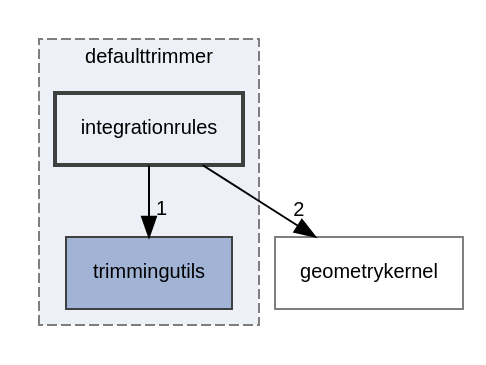
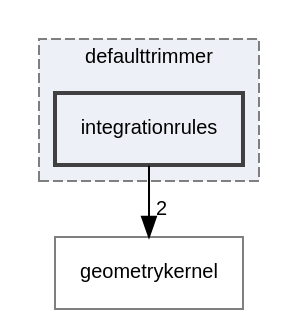
The diagram in dir_7ed5cc8732fbacc6a192622dcae82fb8_dep.dot (rath3t/dune-iga-doc), drawn with Graphviz before and after one commit. The commit also changed 1639 other files, not shown here.

```diff
--- a/dir_7ed5cc8732fbacc6a192622dcae82fb8_dep.dot
+++ b/dir_7ed5cc8732fbacc6a192622dcae82fb8_dep.dot
@@ -1,15 +1,13 @@
 digraph "integrationrules"
 {
  // LATEX_PDF_SIZE
   edge [fontname="Helvetica",fontsize="10",labelfontname="Helvetica",labelfontsize="10"];
   node [fontname="Helvetica",fontsize="10",shape=record];
   compound=true
   subgraph clusterdir_265321845ed2650d675b22a94b62262d {
     graph [ bgcolor="#edf0f7", pencolor="grey50", style="filled,dashed,", label="defaulttrimmer", fontname="Helvetica", fontsize="10", URL="dir_265321845ed2650d675b22a94b62262d.html"]
-  dir_75403dd546d989c4e56d84af3932dae7 [shape=box, label="trimmingutils", style="filled,", fillcolor="#a2b4d6", color="grey25", URL="dir_75403dd546d989c4e56d84af3932dae7.html"];
   dir_7ed5cc8732fbacc6a192622dcae82fb8 [shape=box, label="integrationrules", style="filled,bold,", fillcolor="#edf0f7", color="grey25", URL="dir_7ed5cc8732fbacc6a192622dcae82fb8.html"];
   }
   dir_98571e7345f7327fea7723ec1a12d870 [shape=box, label="geometrykernel", style="", fillcolor="#edf0f7", color="grey50", URL="dir_98571e7345f7327fea7723ec1a12d870.html"];
-  dir_7ed5cc8732fbacc6a192622dcae82fb8->dir_75403dd546d989c4e56d84af3932dae7 [headlabel="1", labeldistance=1.5 headhref="dir_000012_000019.html"];
   dir_7ed5cc8732fbacc6a192622dcae82fb8->dir_98571e7345f7327fea7723ec1a12d870 [headlabel="2", labeldistance=1.5 headhref="dir_000012_000006.html"];
 }
```
